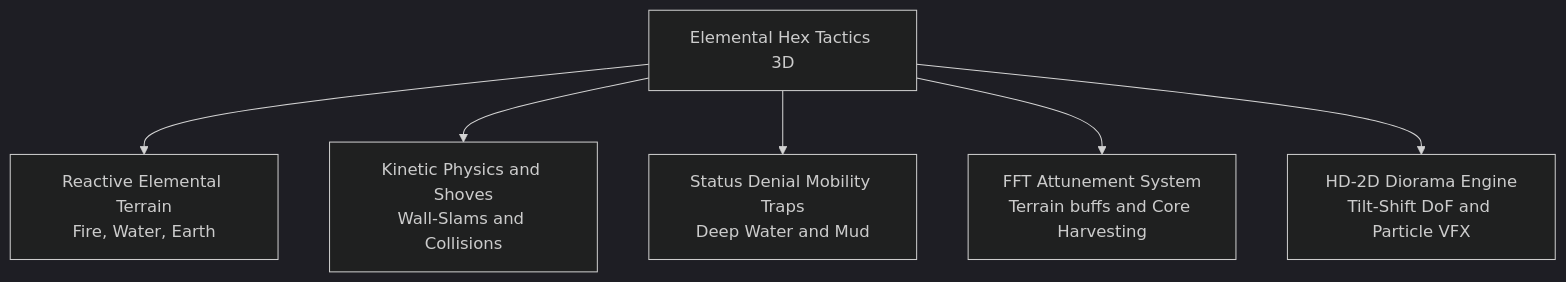
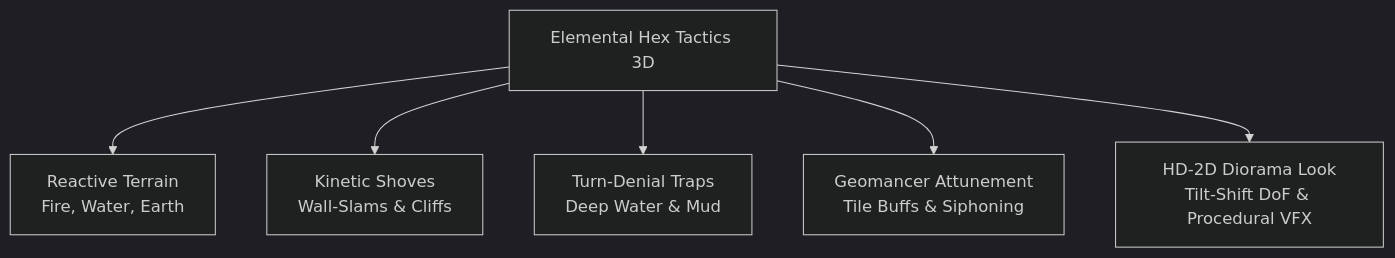
One commit to NealversePrime/ElementalHexTactics3D changed the diagram in wiki/Home.md. Above: the diagram before and after it, drawn with Mermaid (dark theme). The commit also changed other lines of this file and 7 other files, not shown here.

````diff
--- a/wiki/Home.md
+++ b/wiki/Home.md
@@ -7,8 +7,8 @@
 ```mermaid
 flowchart TD
-    A["Elemental Hex Tactics 3D"] --> B["Reactive Elemental Terrain<br/>Fire, Water, Earth"]
-    A --> C["Kinetic Physics and Shoves<br/>Wall-Slams and Collisions"]
-    A --> D["Status Denial Mobility Traps<br/>Deep Water and Mud"]
-    A --> E["FFT Attunement System<br/>Terrain buffs and Core Harvesting"]
-    A --> F["HD-2D Diorama Engine<br/>Tilt-Shift DoF and Particle VFX"]
+    A["Elemental Hex Tactics 3D"] --> B["Reactive Terrain<br/>Fire, Water, Earth"]
+    A --> C["Kinetic Shoves<br/>Wall-Slams & Cliffs"]
+    A --> D["Turn-Denial Traps<br/>Deep Water & Mud"]
+    A --> E["Geomancer Attunement<br/>Tile Buffs & Siphoning"]
+    A --> F["HD-2D Diorama Look<br/>Tilt-Shift DoF & Procedural VFX"]
 ```
````
